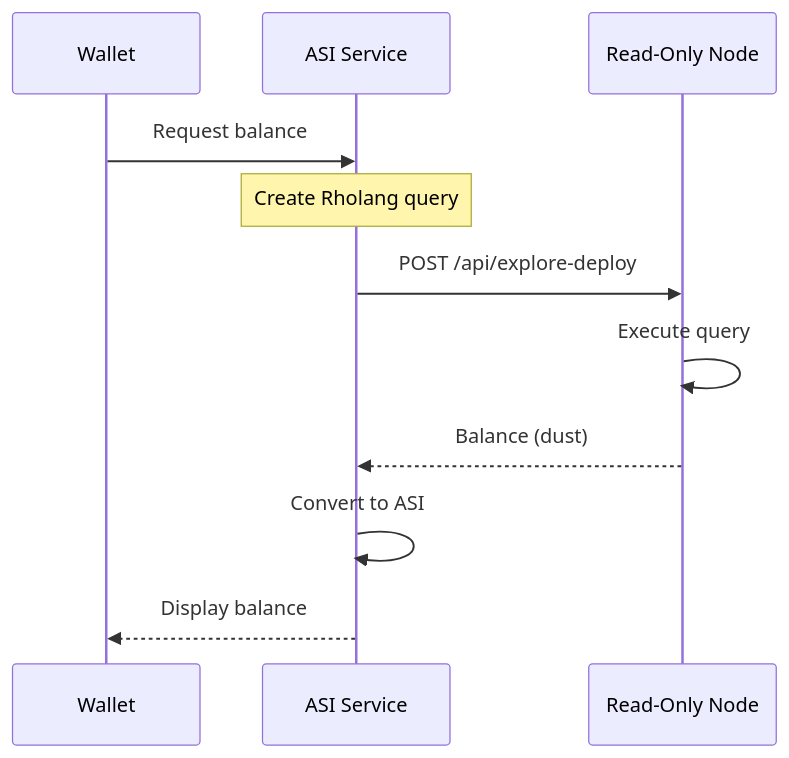
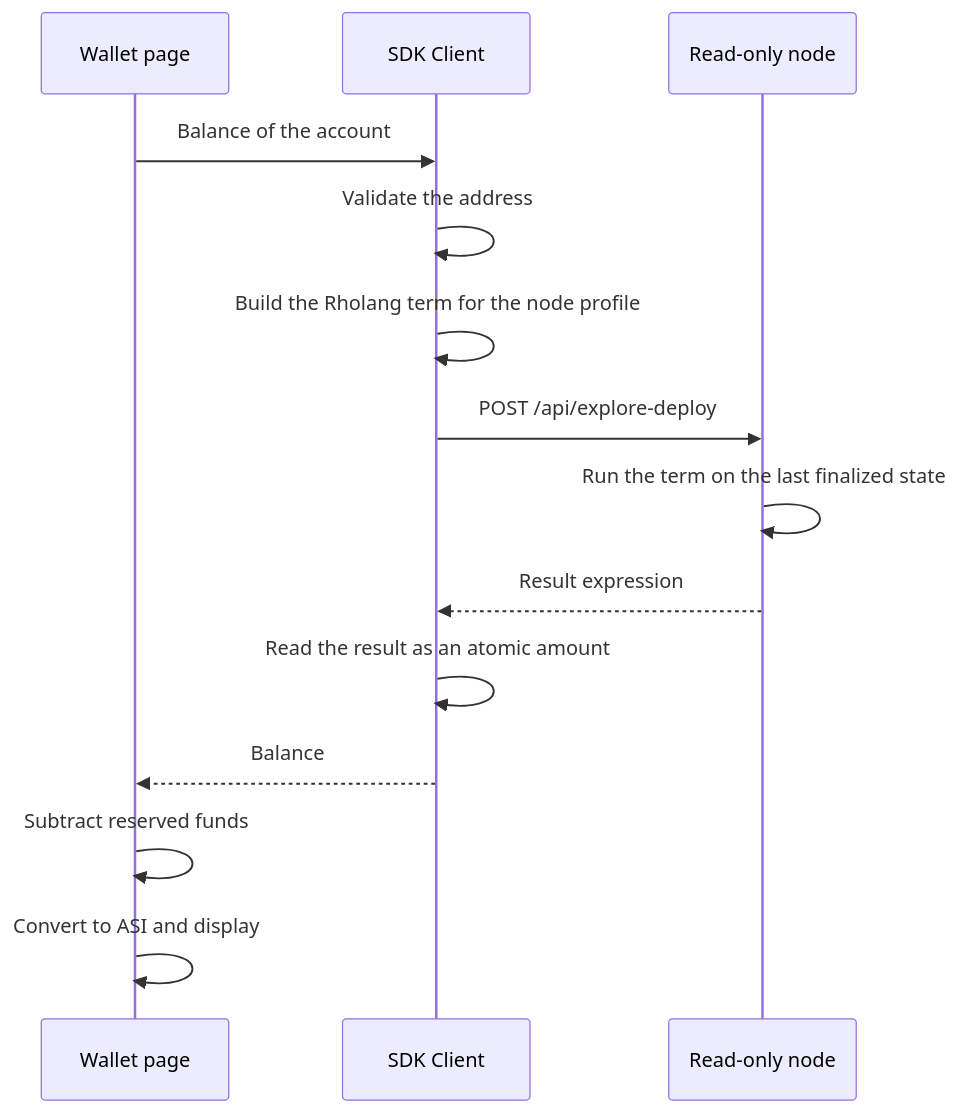
Before and after one commit to asi-alliance/asi-chain-docs-portal: the diagram in architecture/sequence-diagrams/balance/index.md, drawn with Mermaid. The commit also changed other lines of this file, not shown here.

Commit message:
[AS-913] Rewrite balance query flow for Scala and Rust terms

````diff
--- a/architecture/sequence-diagrams/balance/index.md
+++ b/architecture/sequence-diagrams/balance/index.md
@@ -13,17 +15,17 @@
 ```mermaid
 sequenceDiagram
-    participant W as Wallet
-    participant RS as ASI Service
-    participant RN as Read-Only Node
-    
-    W->>RS: Request balance
-    
-    Note over RS: Create Rholang query
-    RS->>RN: POST /api/explore-deploy
-    
-    RN->>RN: Execute query
-    RN-->>RS: Balance (dust)
-    
-    RS->>RS: Convert to ASI
-    RS-->>W: Display balance
+    participant UI as Wallet page
+    participant SDK as SDK Client
+    participant RN as Read-only node
+
+    UI->>SDK: Balance of the account
+    SDK->>SDK: Validate the address
+    SDK->>SDK: Build the Rholang term for the node profile
+    SDK->>RN: POST /api/explore-deploy
+    RN->>RN: Run the term on the last finalized state
+    RN-->>SDK: Result expression
+    SDK->>SDK: Read the result as an atomic amount
+    SDK-->>UI: Balance
+    UI->>UI: Subtract reserved funds
+    UI->>UI: Convert to ASI and display
 ```
````
